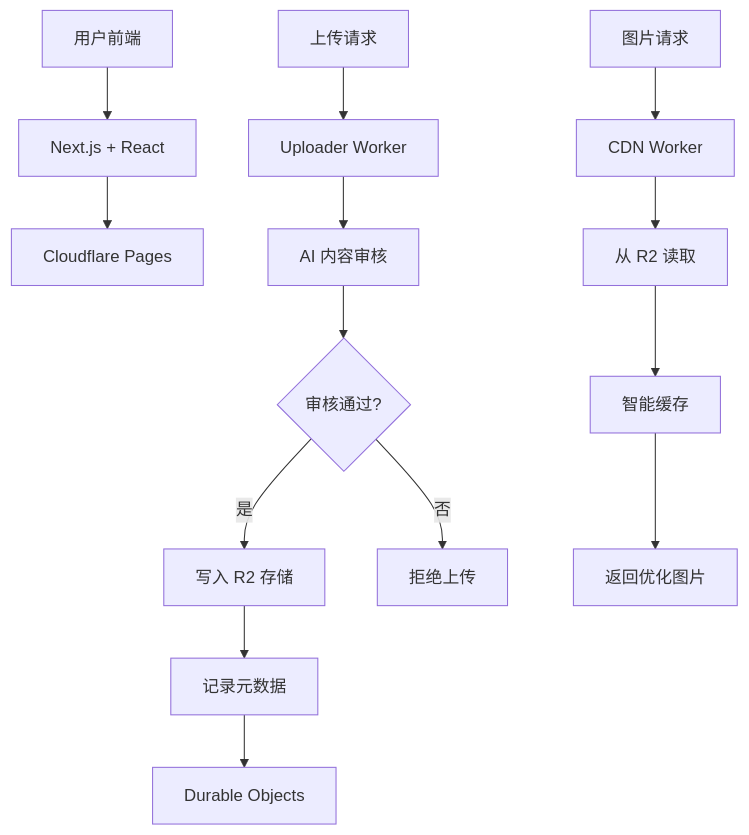
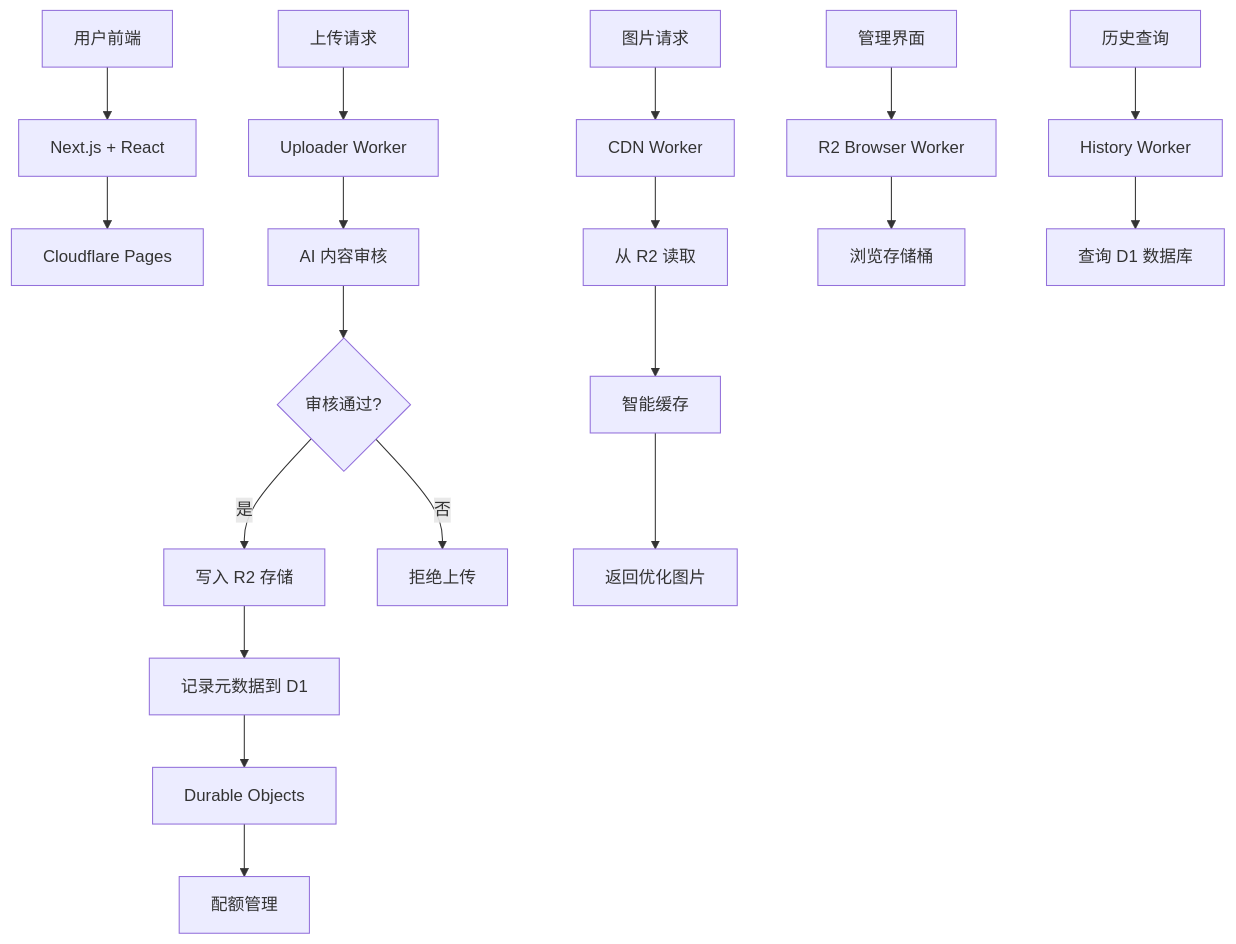
Before and after one commit to KaikiDeishuuu/PicoPics: the diagram in README.md, drawn with Mermaid. The commit also changed other lines of this file and 40 other files, not shown here.

````diff
--- a/README.md
+++ b/README.md
@@ -49,16 +65,21 @@
 ```mermaid
 graph TB
     A[用户前端] --> B[Next.js + React]
     B --> C[Cloudflare Pages]
     D[上传请求] --> E[Uploader Worker]
     E --> F[AI 内容审核]
     F --> G{审核通过?}
     G -->|是| H[写入 R2 存储]
     G -->|否| I[拒绝上传]
-    H --> J[记录元数据]
+    H --> J[记录元数据到 D1]
     J --> K[Durable Objects]
-    L[图片请求] --> M[CDN Worker]
-    M --> N[从 R2 读取]
-    N --> O[智能缓存]
-    O --> P[返回优化图片]
+    K --> L[配额管理]
+    M[图片请求] --> N[CDN Worker]
+    N --> O[从 R2 读取]
+    O --> P[智能缓存]
+    P --> Q[返回优化图片]
+    R[管理界面] --> S[R2 Browser Worker]
+    S --> T[浏览存储桶]
+    U[历史查询] --> V[History Worker]
+    V --> W[查询 D1 数据库]
 ```
````
